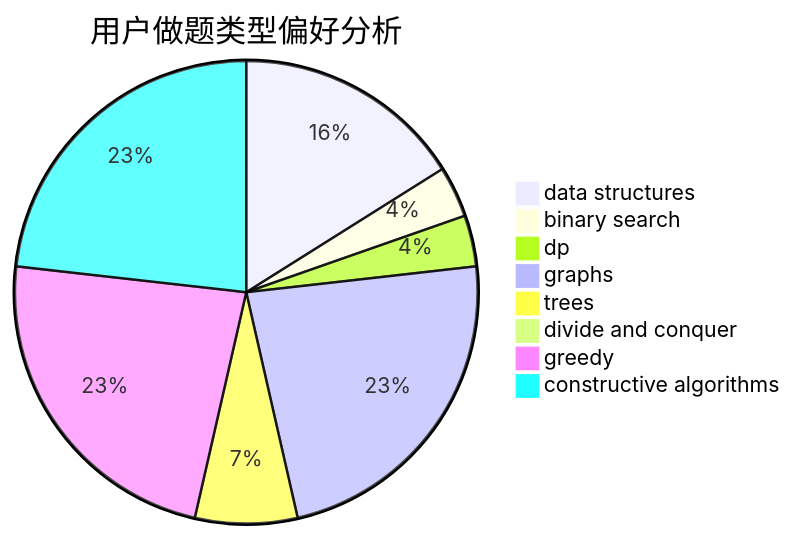
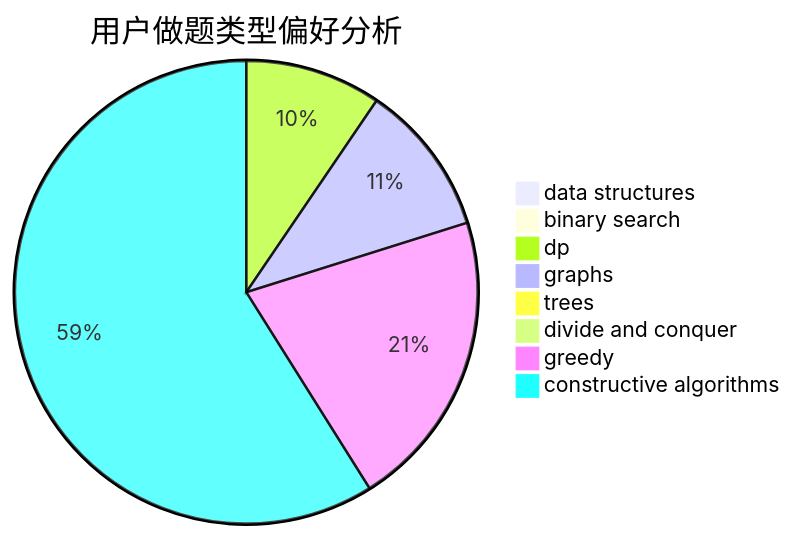
One commit to sherpahu/cfrs.github.io changed the second of 3 diagrams in docs/user/u1478.md. Above: the diagram before and after it, drawn with Mermaid. The commit also changed other lines of this file and 2770 other files, not shown here.

````diff
--- a/docs/user/u1478.md
+++ b/docs/user/u1478.md
@@ -23,11 +23,11 @@
 ```mermaid
 pie title 用户做题类型偏好分析
-    "data structures" :  9
-    "binary search" :  2
-    "dp" :  2
-    "graphs" :  13
-    "trees" :  4
+    "data structures" :  0
+    "binary search" :  0
+    "dp" :  25
+    "graphs" :  28
+    "trees" :  0
     "divide and conquer" :  0
-    "greedy" :  13
-    "constructive algorithms" :  13
+    "greedy" :  55
+    "constructive algorithms" :  155
 ```
````
